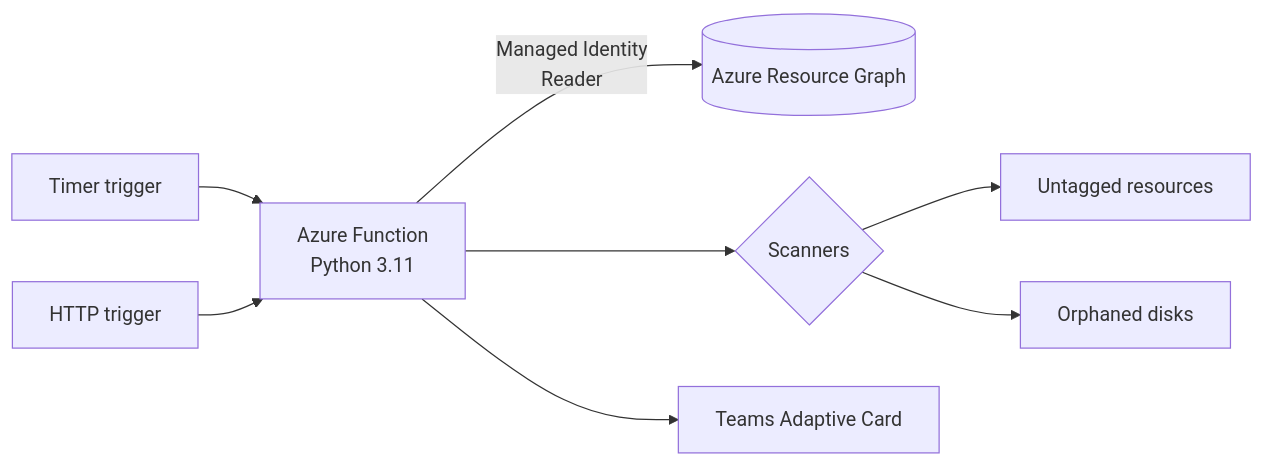
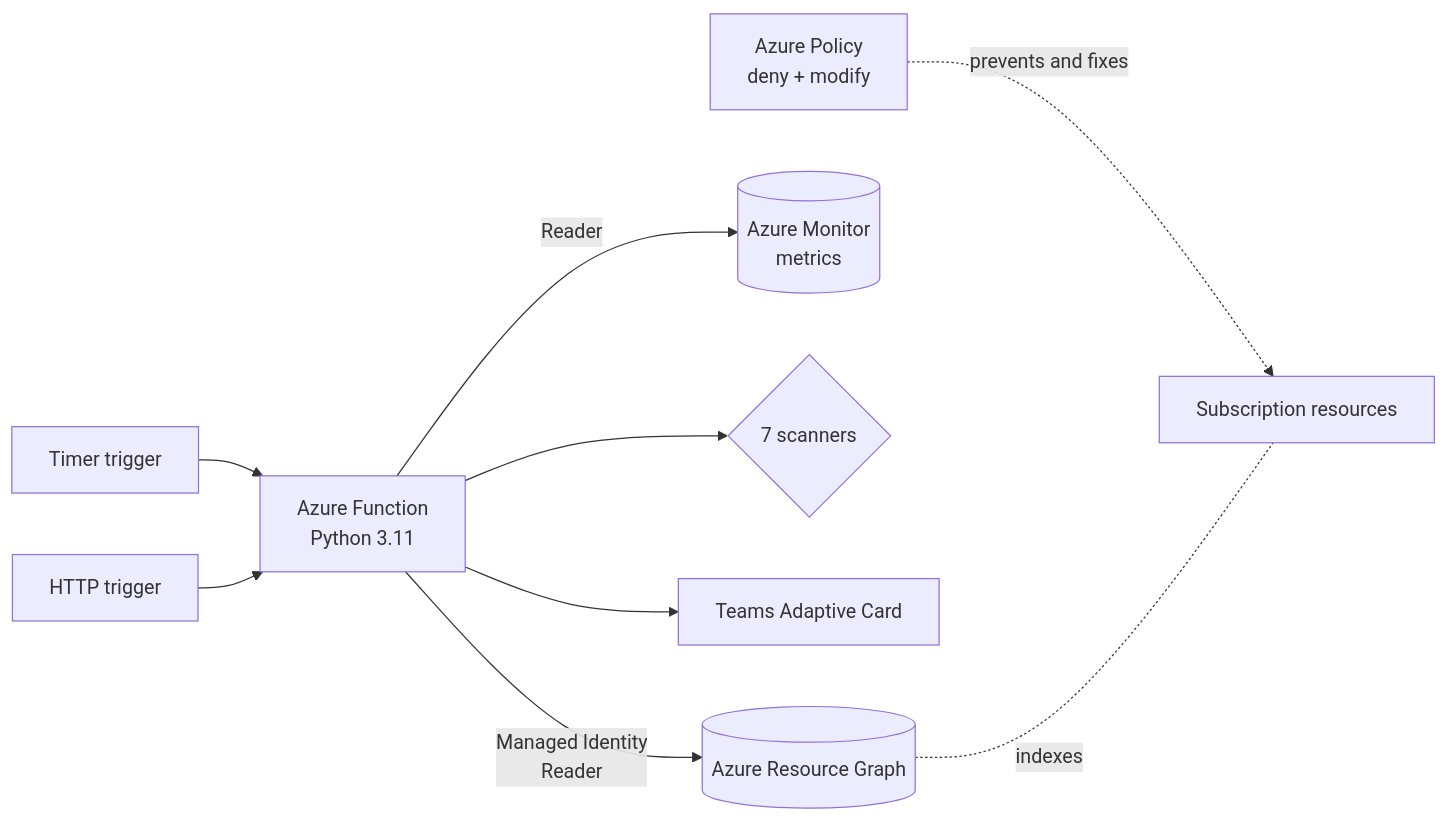
Before and after one commit to yungkolt/azure-governance-bot: the diagram in README.md, drawn with Mermaid. The commit also changed other lines of this file and 31 other files, not shown here.

First line of the commit message:
Phase 2: waste detection, idle VMs and Azure Policy enforcement

````diff
--- a/README.md
+++ b/README.md
@@ -7,10 +7,11 @@
 ```mermaid
 flowchart LR
     T[Timer trigger] --> F[Azure Function<br/>Python 3.11]
     H[HTTP trigger] --> F
     F -- Managed Identity<br/>Reader --> ARG[(Azure Resource Graph)]
-    F --> S{Scanners}
-    S --> U[Untagged resources]
-    S --> D[Orphaned disks]
+    F -- Reader --> MON[(Azure Monitor<br/>metrics)]
+    F --> S{7 scanners}
     F --> R[Teams Adaptive Card]
+    P[Azure Policy<br/>deny + modify] -. prevents and fixes .-> AZ[Subscription resources]
+    ARG -. indexes .- AZ
 ```
````
